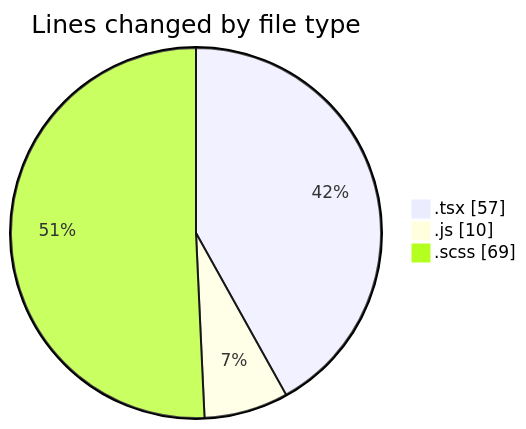
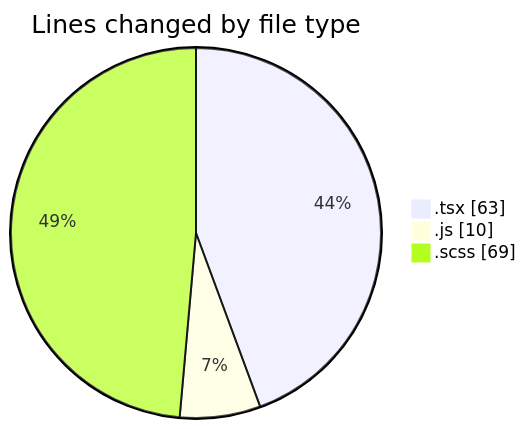
One commit to momahboobian/code-tracking changed the first of 2 diagrams in 2026-08-25/cda/README.md. Above: the diagram before and after it, drawn with Mermaid. The commit also changed other lines of this file and 1 other file, not shown here.

````diff
--- a/2026-08-25/cda/README.md
+++ b/2026-08-25/cda/README.md
@@ -24,7 +25,7 @@
 ```mermaid
 pie showData
 title Lines changed by file type
-".tsx" : 57
+".tsx" : 63
 ".js" : 10
 ".scss" : 69
 ```
````
